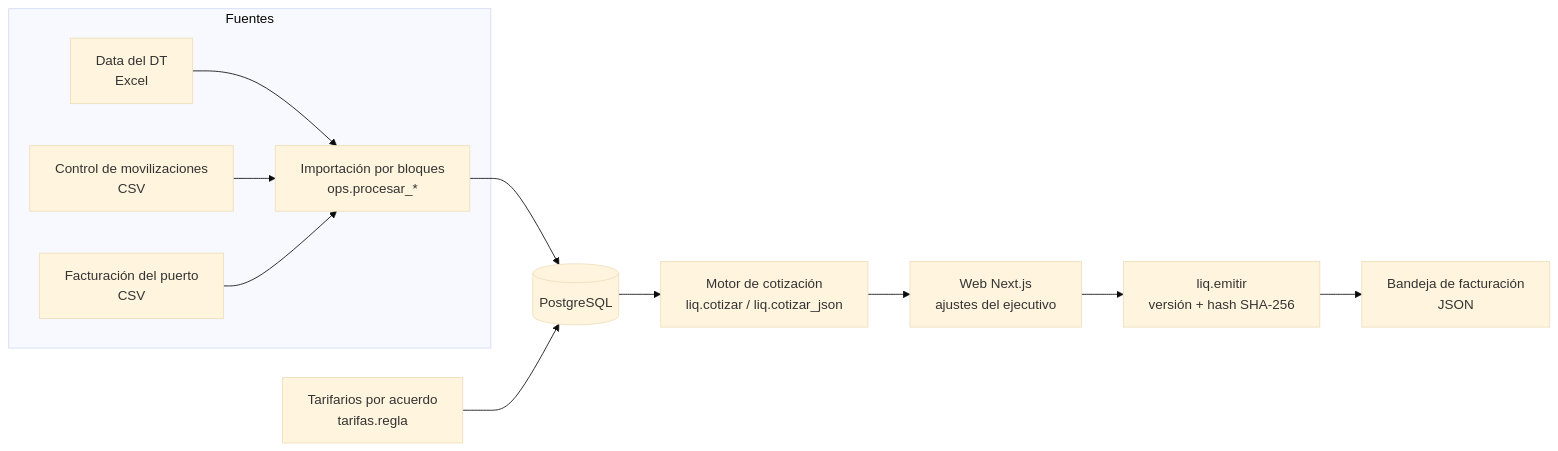
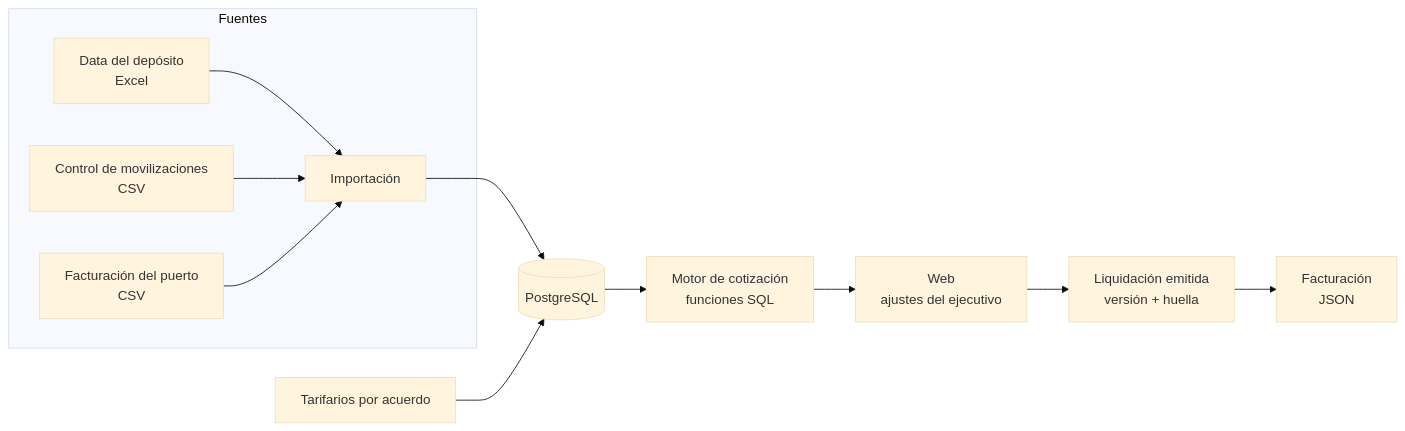
The diagram in README.md (BlackWolf-777/Cotizador-cliente), drawn with Mermaid (base theme) before and after one commit. The commit also changed other lines of this file and 5 other files, not shown here.

````diff
--- a/README.md
+++ b/README.md
@@ -69,14 +87,14 @@
 ```mermaid
 flowchart LR
   subgraph Fuentes
-    A[Data del DT<br/>Excel] --> I
+    A[Data del depósito<br/>Excel] --> I
     B[Control de movilizaciones<br/>CSV] --> I
     C[Facturación del puerto<br/>CSV] --> I
   end
-  I[Importación por bloques<br/>ops.procesar_*] --> DB[(PostgreSQL)]
-  T[Tarifarios por acuerdo<br/>tarifas.regla] --> DB
-  DB --> M[Motor de cotización<br/>liq.cotizar / liq.cotizar_json]
-  M --> W[Web Next.js<br/>ajustes del ejecutivo]
-  W --> E[liq.emitir<br/>versión + hash SHA-256]
-  E --> F[Bandeja de facturación<br/>JSON]
+  I[Importación] --> DB[(PostgreSQL)]
+  T[Tarifarios por acuerdo] --> DB
+  DB --> M[Motor de cotización<br/>funciones SQL]
+  M --> W[Web<br/>ajustes del ejecutivo]
+  W --> E[Liquidación emitida<br/>versión + huella]
+  E --> F[Facturación<br/>JSON]
 ```
````
